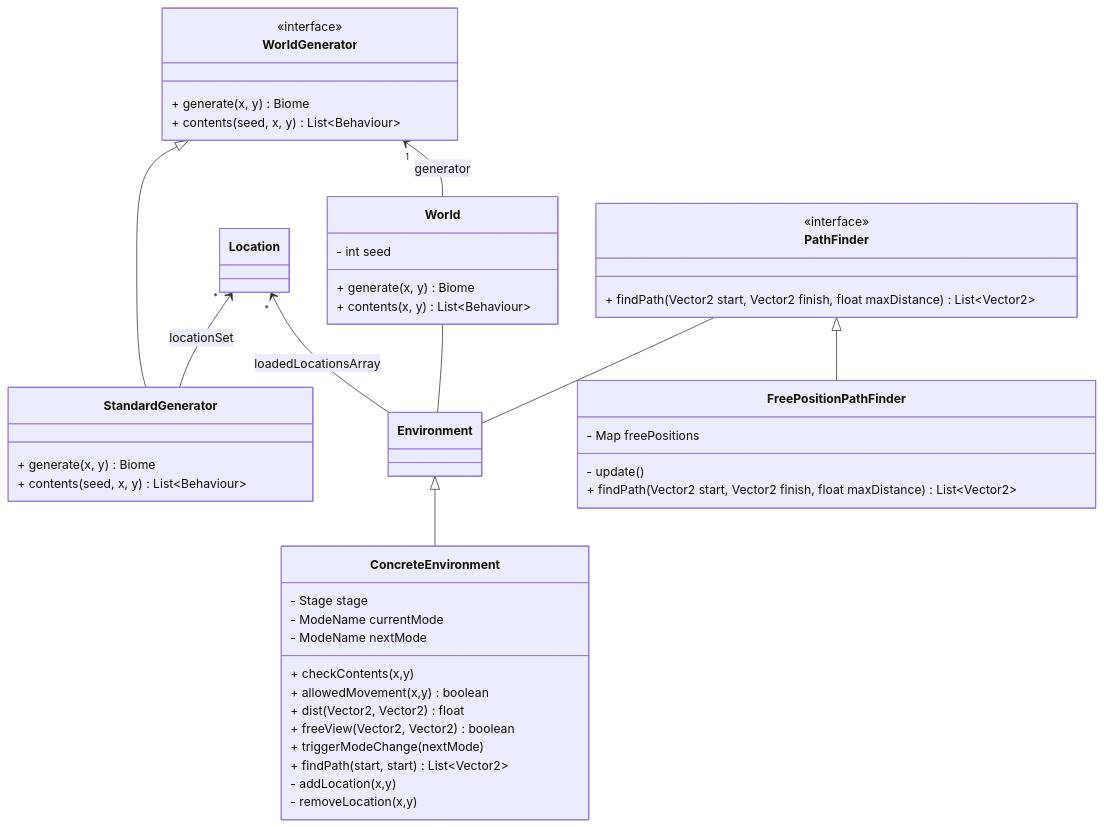
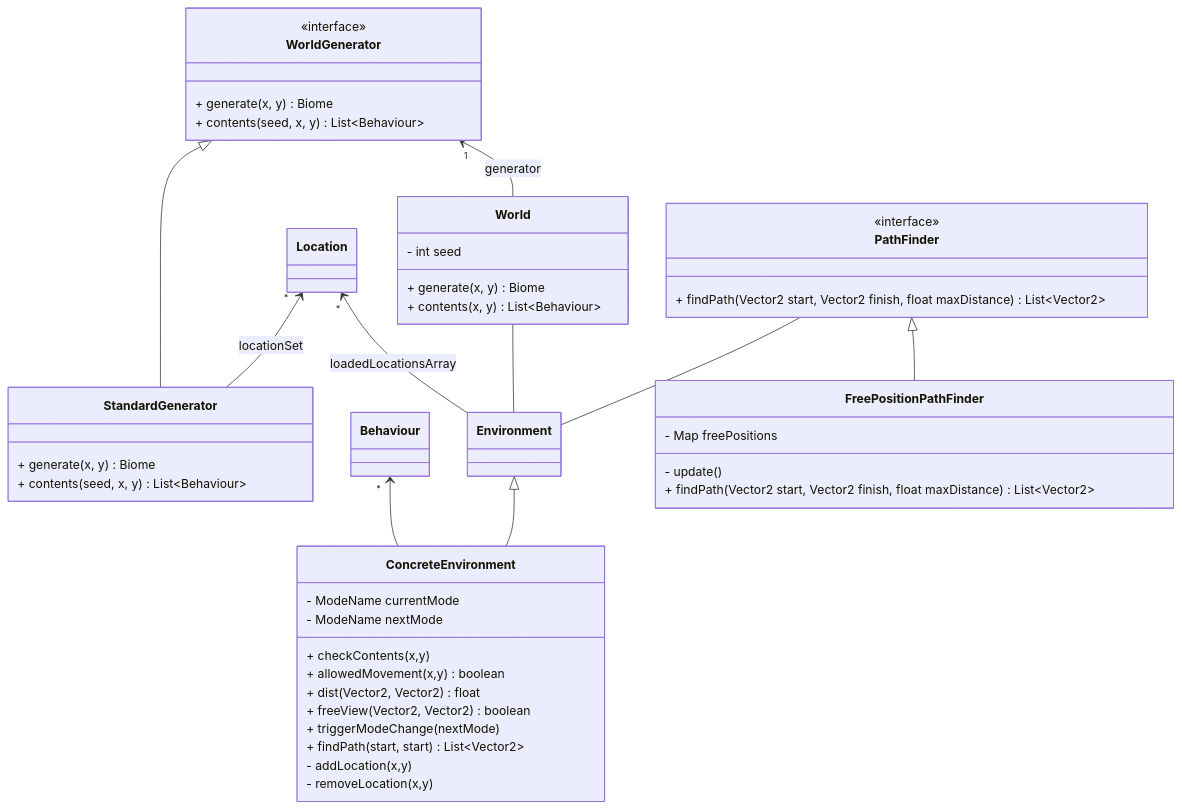
Before and after one commit to StrangeClone/GreatGame: diagram 27 of 36 in class_design/Version_0_1.md, drawn with Mermaid. The commit also changed other lines of this file and 24 other files, not shown here.

````diff
--- a/class_design/Version_0_1.md
+++ b/class_design/Version_0_1.md
@@ -1154,47 +1154,47 @@
 ```mermaid
 classDiagram
     class World {
         - int seed
         + generate(x, y) Biome
         + contents(x, y) List~Behaviour~
     }
     class WorldGenerator {
         <<interface>>
         + generate(x, y) Biome
         + contents(seed, x, y) List~Behaviour~
     }
     WorldGenerator <|-- StandardGenerator
     Location "*" <-- StandardGenerator : locationSet
     Location "*" <-- Environment : loadedLocationsArray
     WorldGenerator "1" <-- World : generator
     class StandardGenerator {
         + generate(x, y) Biome
         + contents(seed, x, y) List~Behaviour~
     }
     class ConcreteEnvironment {
-        - Stage stage
         - ModeName currentMode
         - ModeName nextMode
         + checkContents(x,y)
         + allowedMovement(x,y) boolean
         + dist(Vector2, Vector2) float
         + freeView(Vector2, Vector2) boolean
         + triggerModeChange(nextMode)
         + findPath(start, start) List~Vector2~
         - addLocation(x,y)
         - removeLocation(x,y)
     }
+    Behaviour "*" <-- ConcreteEnvironment
     Environment <|-- ConcreteEnvironment
     World -- Environment
     class PathFinder {
         <<interface>>
         + findPath(Vector2 start, Vector2 finish, float maxDistance) List~Vector2~
     }
     PathFinder -- Environment
     class FreePositionPathFinder {
         - Map<Vector2,boolean> freePositions
         - update()
         + findPath(Vector2 start, Vector2 finish, float maxDistance) List~Vector2~
     }
     PathFinder <|-- FreePositionPathFinder
 ```
````
